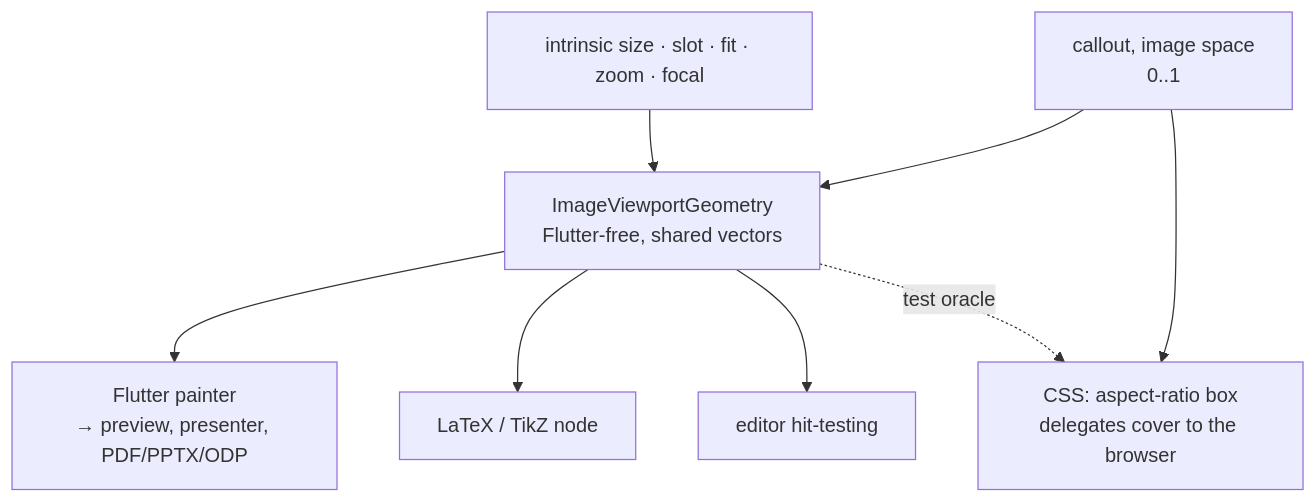
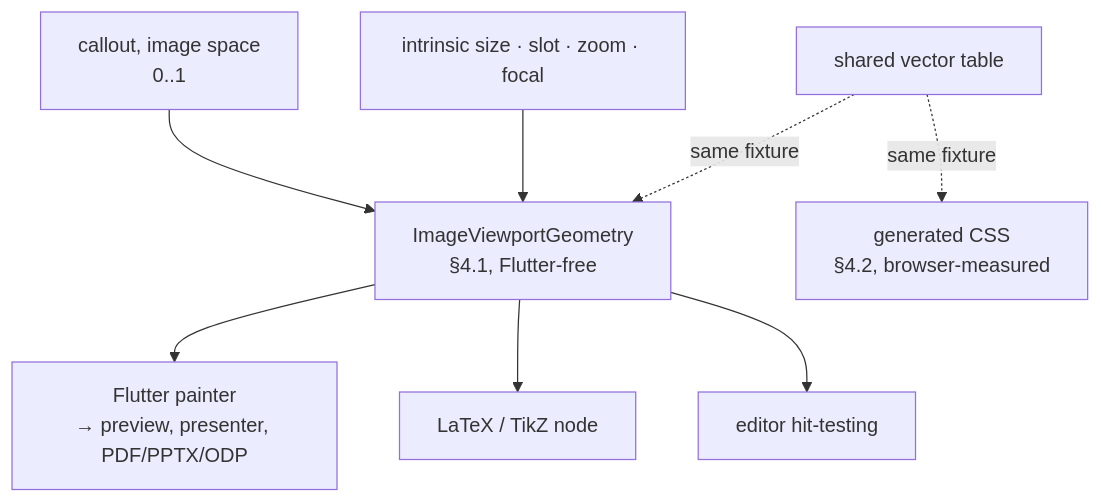
The second of 2 diagrams in docs/design/IMAGE_CALLOUTS.md (brennodewinter/Ocideck), drawn with Mermaid before and after one commit. The commit also changed other lines of this file, not shown here.

First line of the commit message:
docs(design): het callout-formaat na de tweede review (#1801)

````diff
--- a/docs/design/IMAGE_CALLOUTS.md
+++ b/docs/design/IMAGE_CALLOUTS.md
@@ -175,10 +313,10 @@
 ```mermaid
 flowchart TD
-  D["callout, image space<br/>0..1"] --> G["ImageViewportGeometry<br/>Flutter-free, shared vectors"]
-  I["intrinsic size · slot · fit · zoom · focal"] --> G
+  D["callout, image space<br/>0..1"] --> G["ImageViewportGeometry<br/>§4.1, Flutter-free"]
+  I["intrinsic size · slot · zoom · focal"] --> G
   G --> F["Flutter painter<br/>→ preview, presenter, PDF/PPTX/ODP"]
   G --> T["LaTeX / TikZ node"]
   G --> E["editor hit-testing"]
-  D --> C["CSS: aspect-ratio box<br/>delegates cover to the browser"]
-  G -. "test oracle" .-> C
+  V["shared vector table"] -. "same fixture" .-> G
+  V -. "same fixture" .-> C["generated CSS<br/>§4.2, browser-measured"]
 ```
````
